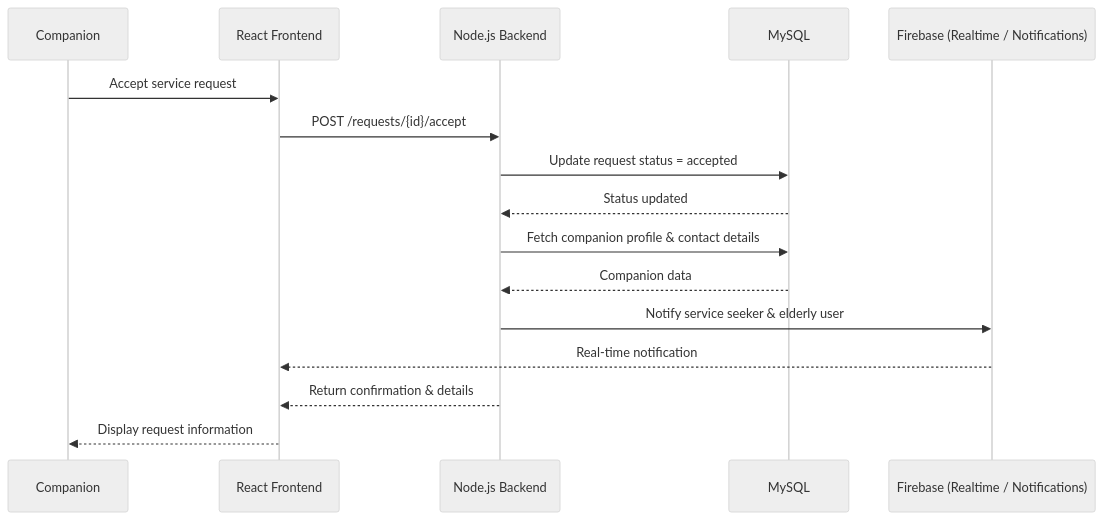
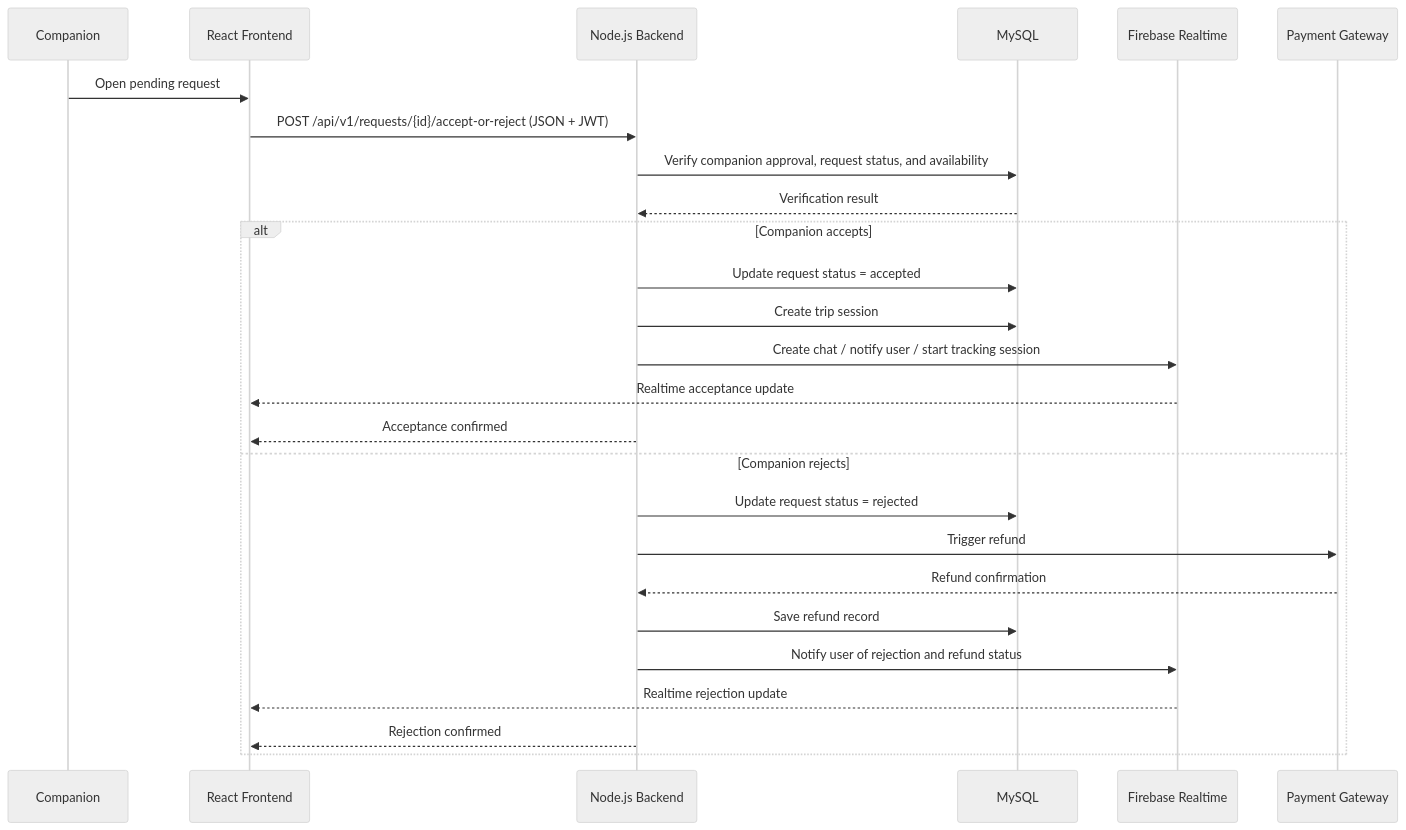
One commit to aziz5g-tech/holbertonschool-portfolio-project changed the second of 3 diagrams in Stage 3/3. Create High-Level Sequence Diagrams/High-Level Sequence Diagrams.md. Above: the diagram before and after it, drawn with Mermaid (neutral theme). The commit also changed other lines of this file, not shown here.

Commit message:
Fix: sequence diagrams for service requests

````diff
--- a/Stage 3/3. Create High-Level Sequence Diagrams/High-Level Sequence Diagrams.md
+++ b/Stage 3/3. Create High-Level Sequence Diagrams/High-Level Sequence Diagrams.md
@@ -36,24 +33,30 @@
 ```mermaid
+sequenceDiagram
+    participant Companion as Companion
+    participant Frontend as React Frontend
+    participant Backend as Node.js Backend
+    participant MySQL
+    participant Firebase as Firebase Realtime
+    participant Moyasar as Payment Gateway
 
-    sequenceDiagram
-    participant Companion
-    participant Frontend as React Frontend
-    participant API as Node.js Backend
-    participant MySQL
-    participant Firebase as Firebase (Realtime / Notifications)
+    Companion->>Frontend: Open pending request
+    Frontend->>Backend: POST /api/v1/requests/{id}/accept-or-reject (JSON + JWT)
+    Backend->>MySQL: Verify companion approval, request status, and availability
+    MySQL-->>Backend: Verification result
 
-    Companion->>Frontend: Accept service request
-    Frontend->>API: POST /requests/{id}/accept
-
-    API->>MySQL: Update request status = accepted
-    MySQL-->>API: Status updated
-
-    API->>MySQL: Fetch companion profile & contact details
-    MySQL-->>API: Companion data
-
-    API->>Firebase: Notify service seeker & elderly user
-    Firebase-->>Frontend: Real-time notification
-
-    API-->>Frontend: Return confirmation & details
-    Frontend-->>Companion: Display request information
+    alt Companion accepts
+        Backend->>MySQL: Update request status = accepted
+        Backend->>MySQL: Create trip session
+        Backend->>Firebase: Create chat / notify user / start tracking session
+        Firebase-->>Frontend: Realtime acceptance update
+        Backend-->>Frontend: Acceptance confirmed
+    else Companion rejects
+        Backend->>MySQL: Update request status = rejected
+        Backend->>Moyasar: Trigger refund
+        Moyasar-->>Backend: Refund confirmation
+        Backend->>MySQL: Save refund record
+        Backend->>Firebase: Notify user of rejection and refund status
+        Firebase-->>Frontend: Realtime rejection update
+        Backend-->>Frontend: Rejection confirmed
+    end
 ```
````
